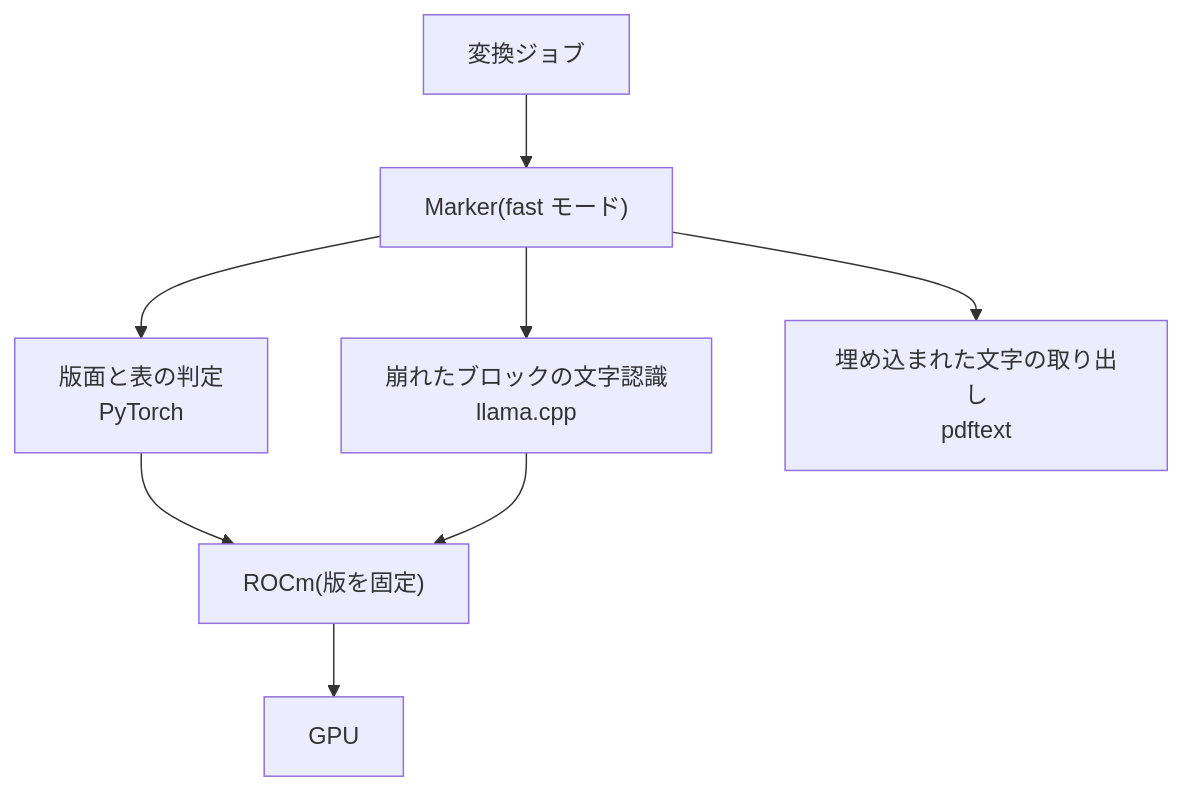
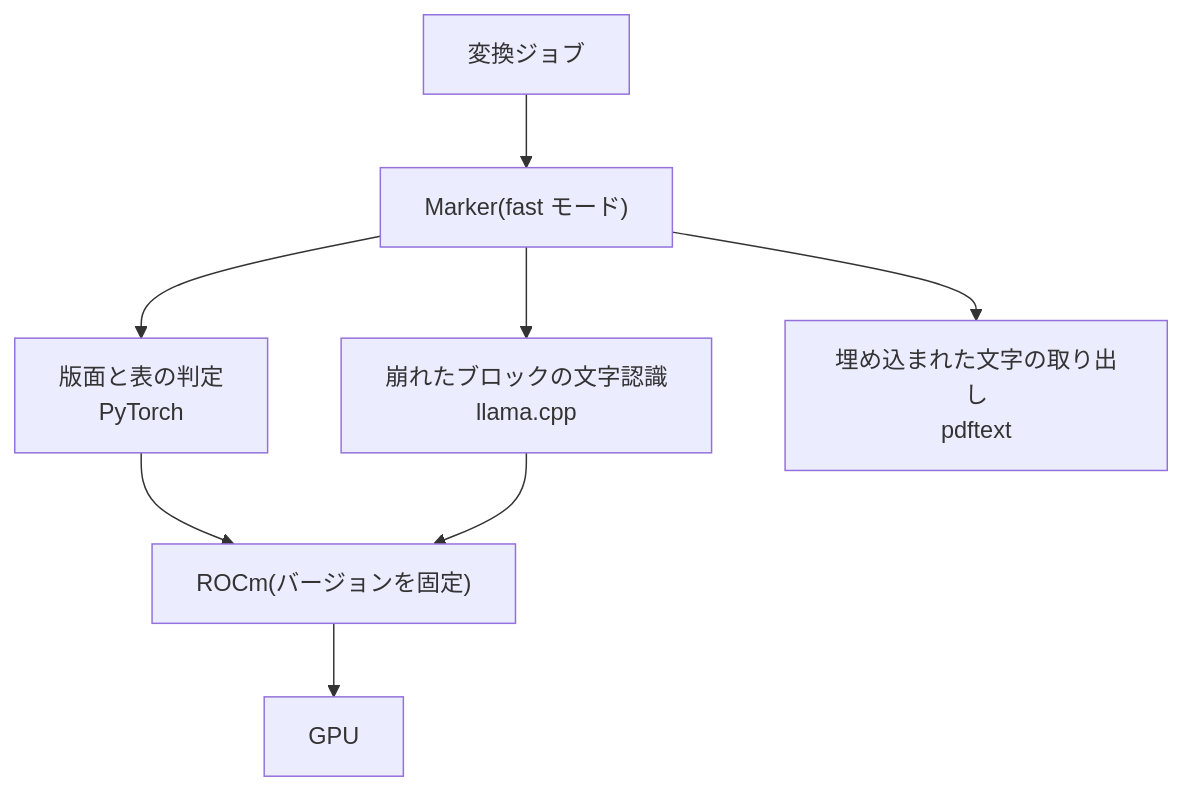
Before and after one commit to MatchaChoco010/carrel: the diagram in docs/design/0008_conversion_runtime.md, drawn with Mermaid. The commit also changed other lines of this file and 1 other file, not shown here.

````diff
--- a/docs/design/0008_conversion_runtime.md
+++ b/docs/design/0008_conversion_runtime.md
@@ -78,10 +78,10 @@
 ```mermaid
 flowchart TB
   J["変換ジョブ"] --> M["Marker(fast モード)"]
   M --> L["版面と表の判定<br/>PyTorch"]
   M --> O["崩れたブロックの文字認識<br/>llama.cpp"]
   M --> P["埋め込まれた文字の取り出し<br/>pdftext"]
-  L --> R["ROCm(版を固定)"]
+  L --> R["ROCm(バージョンを固定)"]
   O --> R
   R --> G["GPU"]
 ```
````
